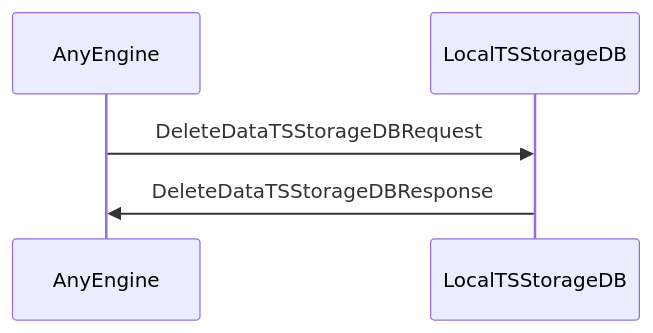
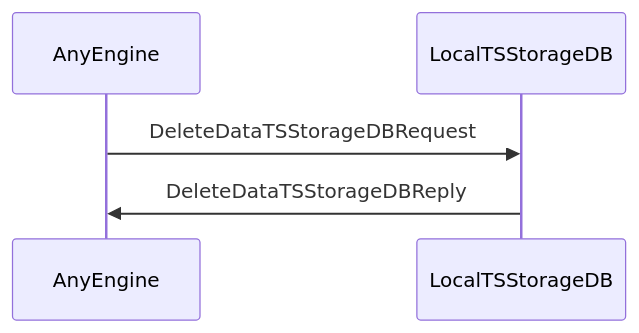
The third of 3 diagrams in docs/arch/node/engines/local_time_series_storage_messages.juvix.md (anoma/nspec), drawn with Mermaid before and after one commit. The commit also changed other lines of this file and 37 other files, not shown here.

````diff
--- a/docs/arch/node/engines/local_time_series_storage_messages.juvix.md
+++ b/docs/arch/node/engines/local_time_series_storage_messages.juvix.md
@@ -81,8 +81,8 @@
 ```mermaid
 sequenceDiagram
     participant AnyEngine
     participant LocalTSStorageDB
 
     AnyEngine ->> LocalTSStorageDB: DeleteDataTSStorageDBRequest
-    LocalTSStorageDB ->> AnyEngine: DeleteDataTSStorageDBResponse
+    LocalTSStorageDB ->> AnyEngine: DeleteDataTSStorageDBReply
 ```
````
